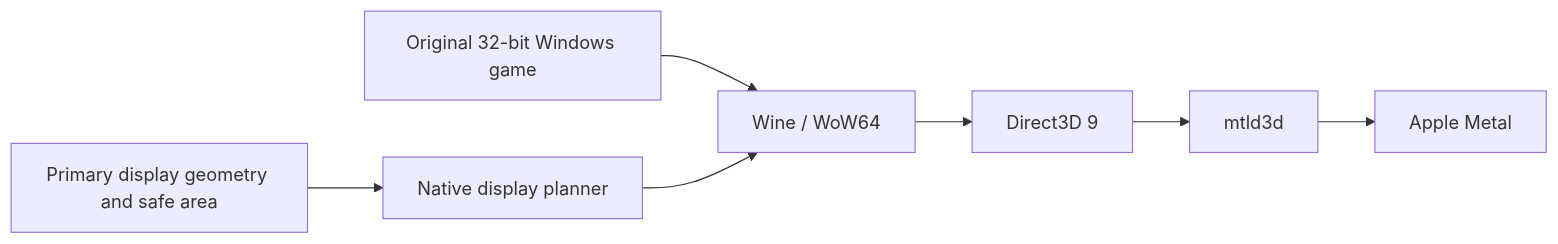
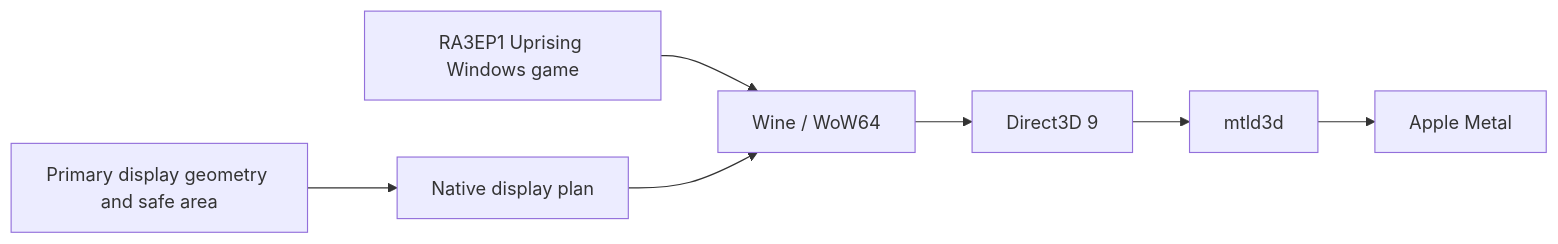
The diagram in README.en.md (Rakanrkk/RA3EP1Mac), drawn with Mermaid before and after one commit. The commit also changed other lines of this file and 35 other files, not shown here.

````diff
--- a/README.en.md
+++ b/README.en.md
@@ -33,9 +38,9 @@
 ```mermaid
 flowchart LR
-    Game[Original 32-bit Windows game] --> Wine[Wine / WoW64]
-    Wine --> D3D9[Direct3D 9]
+    Game[RA3EP1 Uprising Windows game] --> Wow[Wine / WoW64]
+    Wow --> D3D9[Direct3D 9]
     D3D9 --> MTL[mtld3d]
     MTL --> Metal[Apple Metal]
-    Display[Primary display geometry and safe area] --> Plan[Native display planner]
-    Plan --> Wine
+    Display[Primary display geometry and safe area] --> Planner[Native display plan]
+    Planner --> Wow
 ```
````
